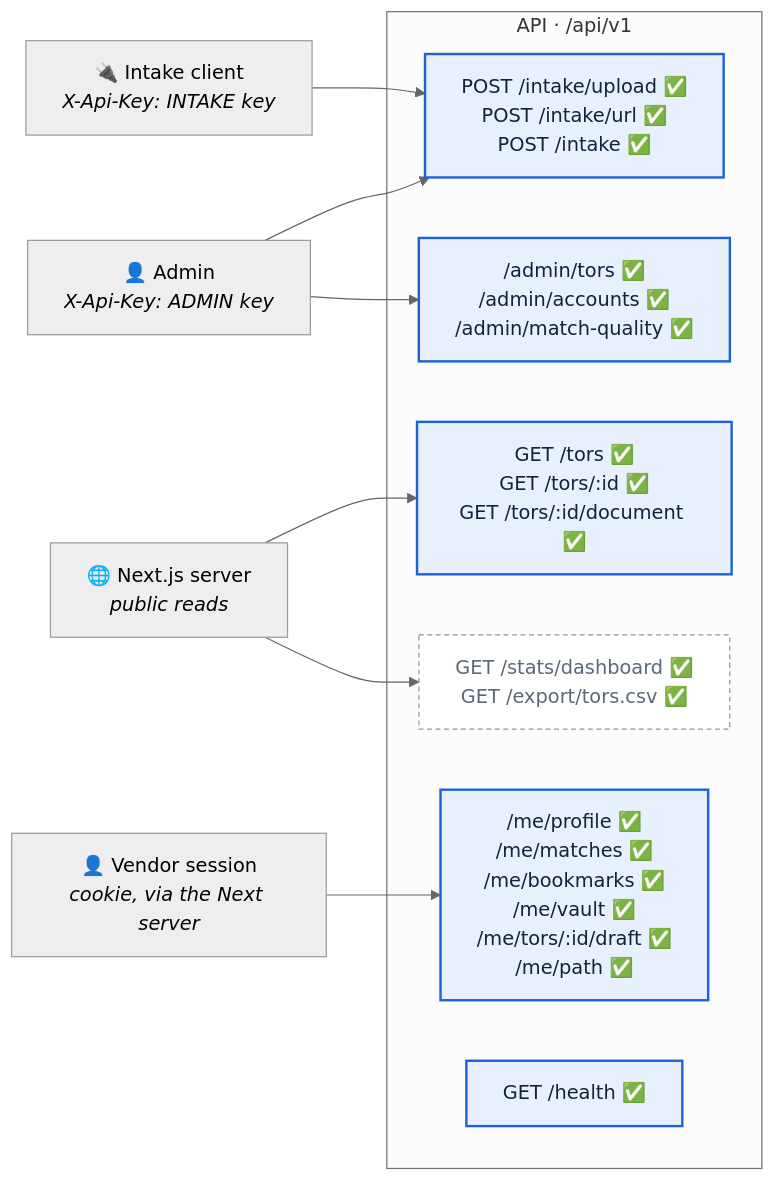
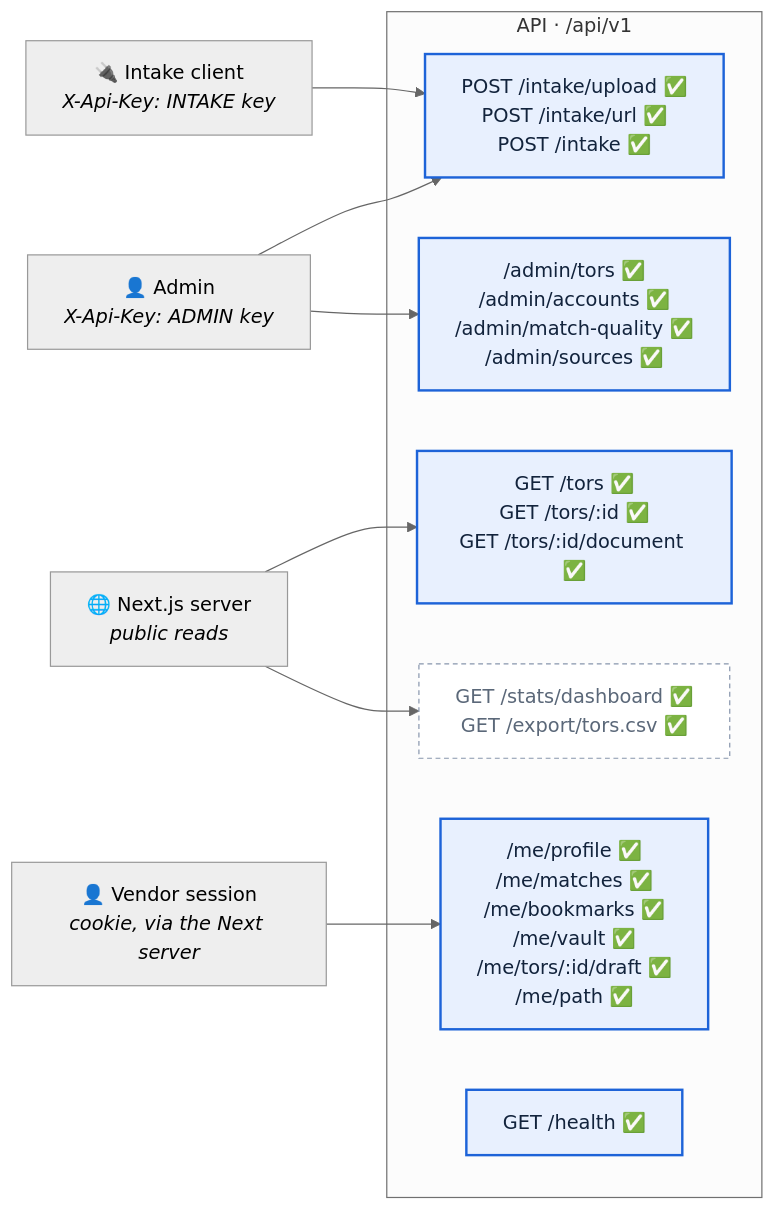
The first of 2 diagrams in docs/API.md (TORMomentum/Momentum), drawn with Mermaid (neutral theme) before and after one commit. The commit also changed other lines of this file and 5 other files, not shown here.

Commit message:
docs: source health in the spec, API, ARCHITECTURE, access matrix, TESTING and TODO (TOR-87)

````diff
--- a/docs/API.md
+++ b/docs/API.md
@@ -19,28 +19,28 @@
 ```mermaid
 flowchart LR
     admin["👤 Admin<br/><i>X-Api-Key: ADMIN key</i>"]
     partner["🔌 Intake client<br/><i>X-Api-Key: INTAKE key</i>"]
     web["🌐 Next.js server<br/><i>public reads</i>"]
     vendor["👤 Vendor session<br/><i>cookie, via the Next server</i>"]
 
     subgraph api["API · /api/v1"]
         intake["POST /intake/upload ✅<br/>POST /intake/url ✅<br/>POST /intake ✅"]
         read["GET /tors ✅<br/>GET /tors/:id ✅<br/>GET /tors/:id/document ✅"]
         stats["GET /stats/dashboard ✅<br/>GET /export/tors.csv ✅"]
         me["/me/profile ✅<br/>/me/matches ✅<br/>/me/bookmarks ✅<br/>/me/vault ✅<br/>/me/tors/:id/draft ✅<br/>/me/path ✅"]
-        adminq["/admin/tors ✅<br/>/admin/accounts ✅<br/>/admin/match-quality ✅"]
+        adminq["/admin/tors ✅<br/>/admin/accounts ✅<br/>/admin/match-quality ✅<br/>/admin/sources ✅"]
         health["GET /health ✅"]
     end
 
     admin --> intake
     admin --> adminq
     partner --> intake
     web --> read
     web --> stats
     vendor --> me
 
     classDef built fill:#e8f0fe,stroke:#1d63d8,color:#12233c,stroke-width:2px
     classDef planned fill:#fff,stroke:#8896ad,color:#5b6879,stroke-dasharray:4 3
     class intake,health,read,me,adminq built
     class stats planned
 ```
````
